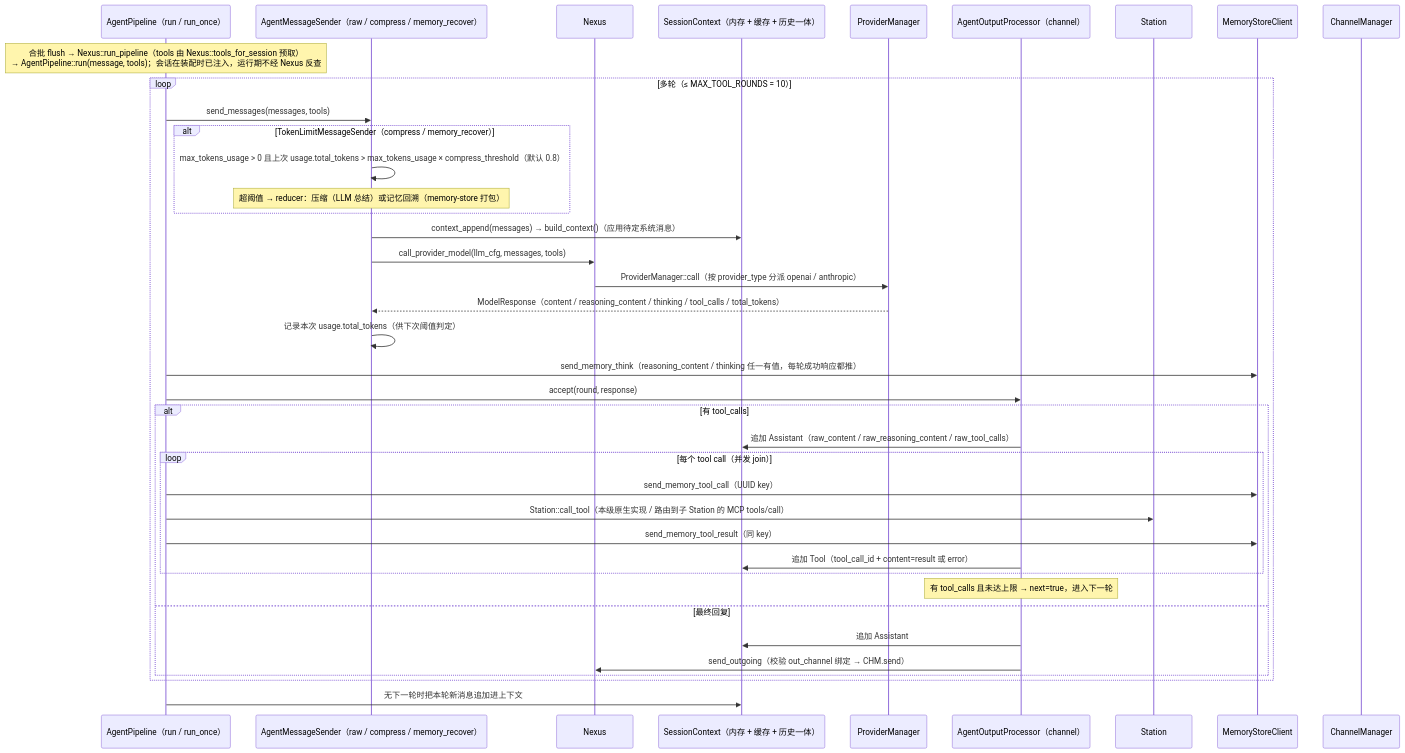
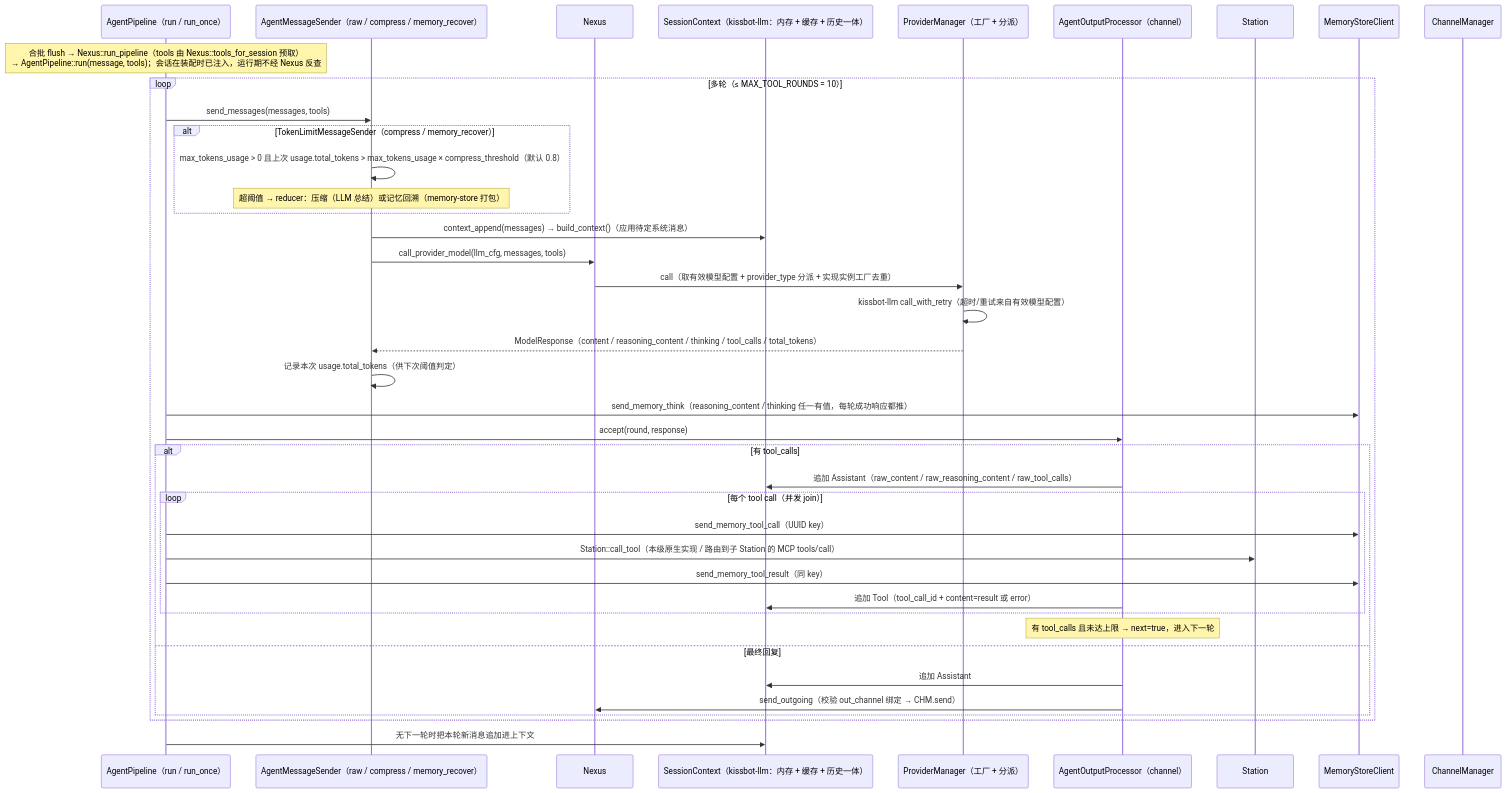
Before and after one commit to coldcloude/kissbot: the fourth of 5 diagrams in docs/spec/agent-modules.md, drawn with Mermaid. The commit also changed other lines of this file and 43 other files, not shown here.

````diff
--- a/docs/spec/agent-modules.md
+++ b/docs/spec/agent-modules.md
@@ -166,42 +171,43 @@
 ```mermaid
 sequenceDiagram
     participant PL as AgentPipeline（run / run_once）
     participant MSN as AgentMessageSender（raw / compress / memory_recover）
     participant CO as Nexus
-    participant CTX as SessionContext（内存 + 缓存 + 历史一体）
-    participant PRV as ProviderManager
+    participant CTX as SessionContext（kissbot-llm：内存 + 缓存 + 历史一体）
+    participant PRV as ProviderManager（工厂 + 分派）
     participant OUT as AgentOutputProcessor（channel）
     participant ST as Station
     participant MSC as MemoryStoreClient
     participant CHM as ChannelManager
 
     Note over PL: 合批 flush → Nexus::run_pipeline（tools 由 Nexus::tools_for_session 预取）<br/>→ AgentPipeline::run(message, tools)；会话在装配时已注入，运行期不经 Nexus 反查
     loop 多轮（≤ MAX_TOOL_ROUNDS = 10）
         PL->>MSN: send_messages(messages, tools)
         alt TokenLimitMessageSender（compress / memory_recover）
             MSN->>MSN: max_tokens_usage > 0 且上次 usage.total_tokens > max_tokens_usage × compress_threshold（默认 0.8）
             Note over MSN: 超阈值 → reducer：压缩（LLM 总结）或记忆回溯（memory-store 打包）
         end
         MSN->>CTX: context_append(messages) → build_context()（应用待定系统消息）
         MSN->>CO: call_provider_model(llm_cfg, messages, tools)
-        CO->>PRV: ProviderManager::call（按 provider_type 分派 openai / anthropic）
+        CO->>PRV: call（取有效模型配置 + provider_type 分派 + 实现实例工厂去重）
+        PRV->>PRV: kissbot-llm call_with_retry（超时/重试来自有效模型配置）
         PRV-->>MSN: ModelResponse（content / reasoning_content / thinking / tool_calls / total_tokens）
         MSN->>MSN: 记录本次 usage.total_tokens（供下次阈值判定）
         PL->>MSC: send_memory_think（reasoning_content / thinking 任一有值，每轮成功响应都推）
         PL->>OUT: accept(round, response)
         alt 有 tool_calls
             OUT->>CTX: 追加 Assistant（raw_content / raw_reasoning_content / raw_tool_calls）
             loop 每个 tool call（并发 join）
                 PL->>MSC: send_memory_tool_call（UUID key）
                 PL->>ST: Station::call_tool（本级原生实现 / 路由到子 Station 的 MCP tools/call）
                 PL->>MSC: send_memory_tool_result（同 key）
                 OUT->>CTX: 追加 Tool（tool_call_id + content=result 或 error）
             end
             Note over OUT: 有 tool_calls 且未达上限 → next=true，进入下一轮
         else 最终回复
             OUT->>CTX: 追加 Assistant
             OUT->>CO: send_outgoing（校验 out_channel 绑定 → CHM.send）
         end
     end
     PL->>CTX: 无下一轮时把本轮新消息追加进上下文
 ```
````
